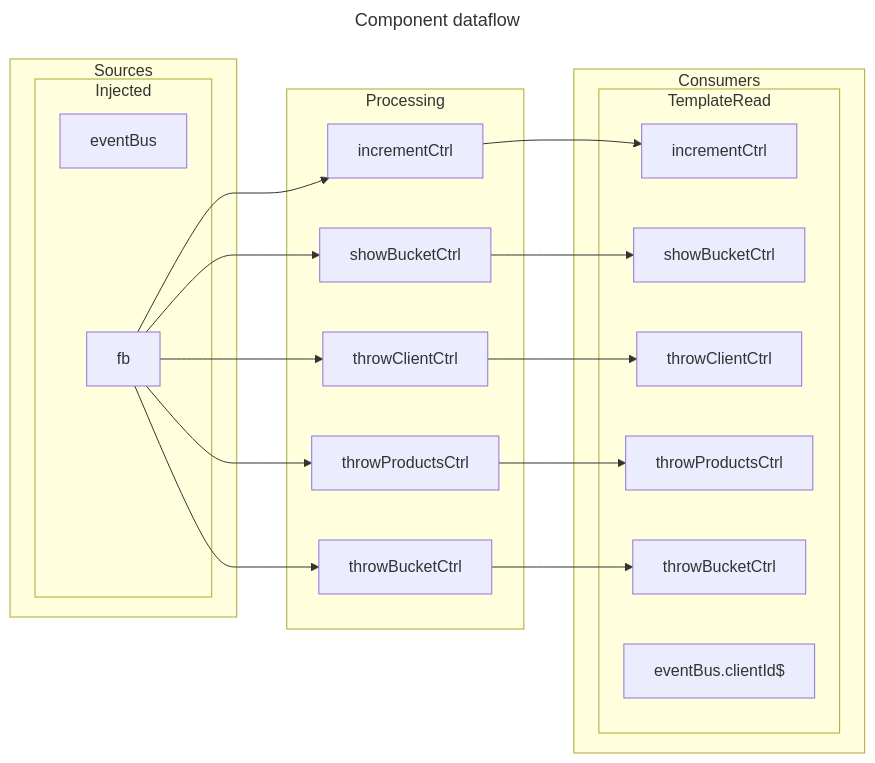
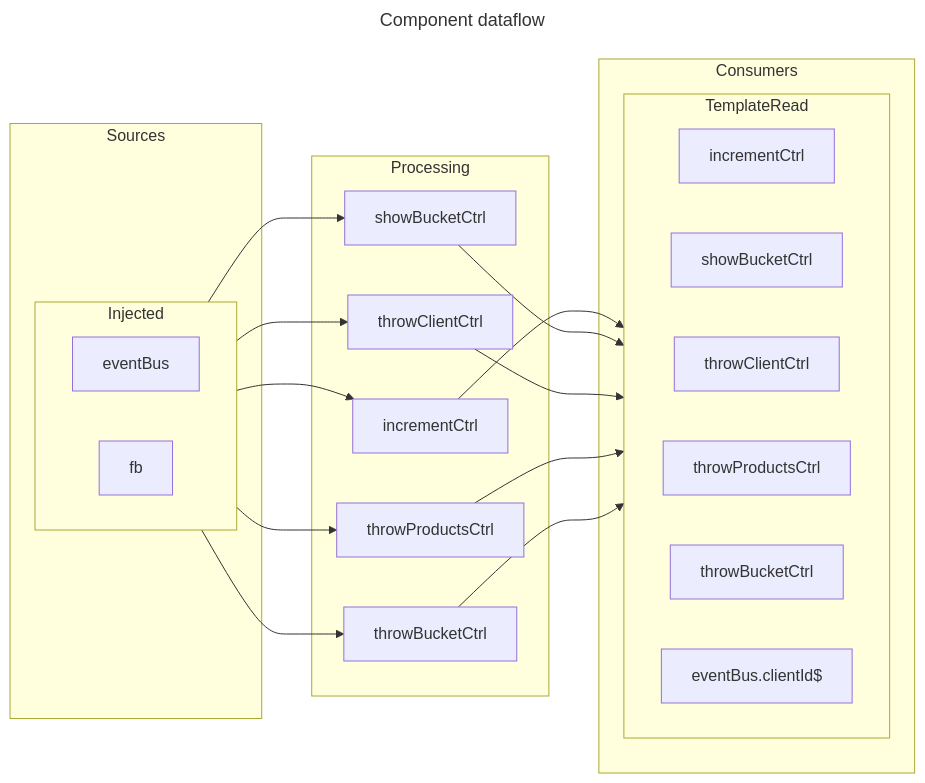
Before and after one commit to earthdmitriy/rx-evo: the first of 2 diagrams in src/app/components/content/controller/controller.component.dataflow.md, drawn with Mermaid. The commit also changed other lines of this file and 39 other files, not shown here.

Commit message:
updated dataflow diagrams

````diff
--- a/src/app/components/content/controller/controller.component.dataflow.md
+++ b/src/app/components/content/controller/controller.component.dataflow.md
@@ -3,68 +3,70 @@
 ```mermaid
 ---
 title: Component dataflow
 ---
 graph LR
     subgraph Sources
         subgraph Injected
+            direction LR
             Source_eventBus["
                 eventBus
             "]
             Source_fb["
                 fb
             "]
         end
     end
     subgraph Processing
         Processing_incrementCtrl["
             incrementCtrl
         "]
         Processing_showBucketCtrl["
             showBucketCtrl
         "]
         Processing_throwClientCtrl["
             throwClientCtrl
         "]
         Processing_throwProductsCtrl["
             throwProductsCtrl
         "]
         Processing_throwBucketCtrl["
             throwBucketCtrl
         "]
     end
     subgraph Consumers
         subgraph TemplateRead
+            direction LR
             Consumer_incrementCtrl["
                 incrementCtrl
             "]
             Consumer_showBucketCtrl["
                 showBucketCtrl
             "]
             Consumer_throwClientCtrl["
                 throwClientCtrl
             "]
             Consumer_throwProductsCtrl["
                 throwProductsCtrl
             "]
             Consumer_throwBucketCtrl["
                 throwBucketCtrl
             "]
             Consumer_eventBus.clientId$["
                 eventBus.clientId$
             "]
         end
     end
     Sources ~~~ Processing
     Processing ~~~ Consumers
     Source_fb --> Processing_incrementCtrl
     Source_fb --> Processing_showBucketCtrl
     Source_fb --> Processing_throwClientCtrl
     Source_fb --> Processing_throwProductsCtrl
     Source_fb --> Processing_throwBucketCtrl
     Processing_incrementCtrl --> Consumer_incrementCtrl
     Processing_showBucketCtrl --> Consumer_showBucketCtrl
     Processing_throwClientCtrl --> Consumer_throwClientCtrl
     Processing_throwProductsCtrl --> Consumer_throwProductsCtrl
     Processing_throwBucketCtrl --> Consumer_throwBucketCtrl
 
 ```
````
